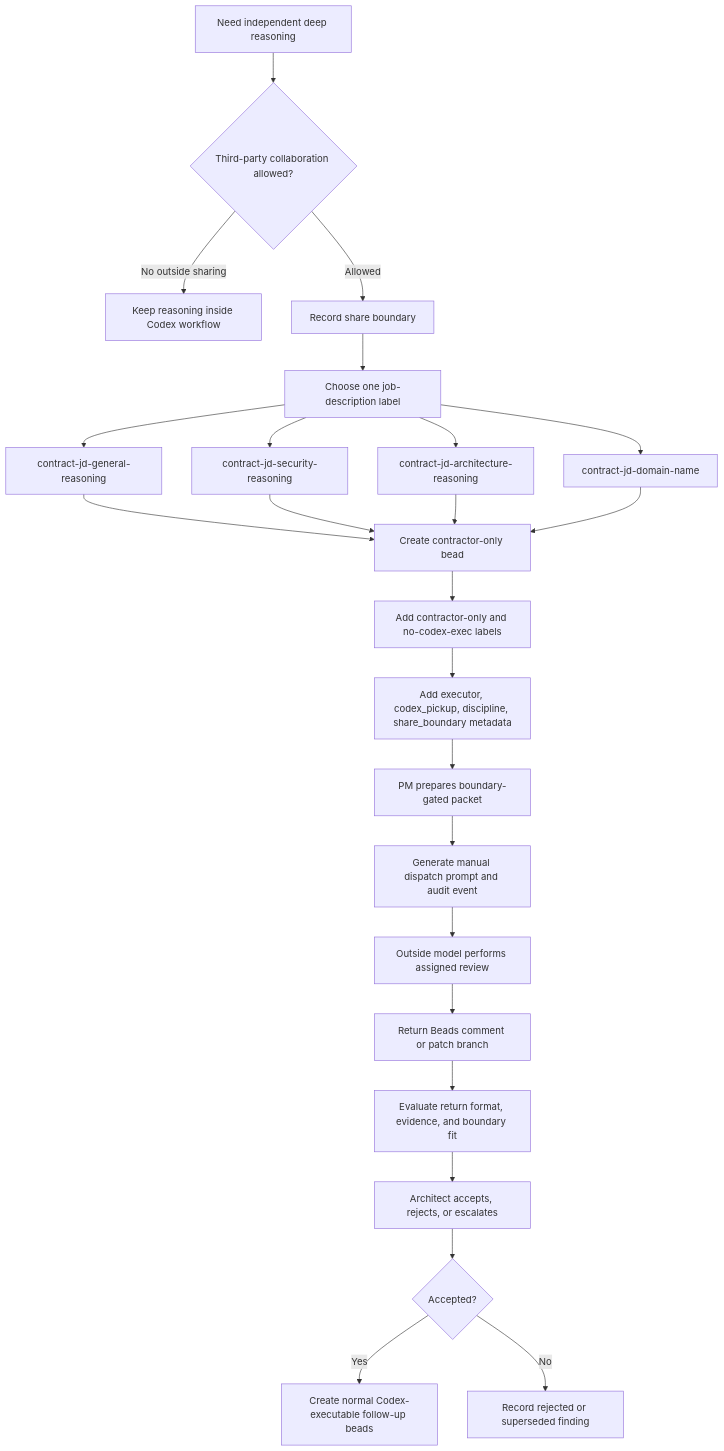
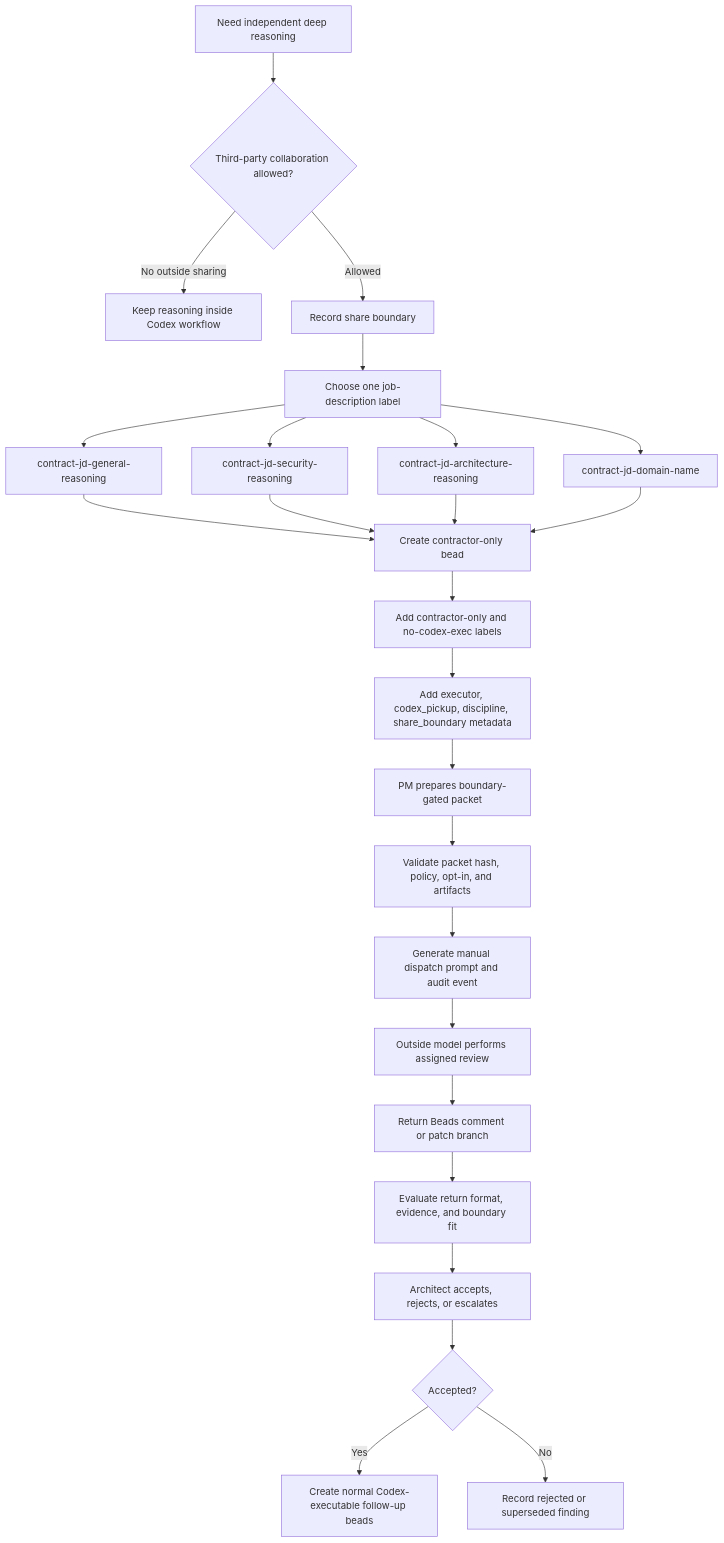
The fourth of 5 diagrams in README.md (gprocunier/complex-work-orchestration), drawn with Mermaid before and after one commit. The commit also changed other lines of this file and 30 other files, not shown here.

````diff
--- a/README.md
+++ b/README.md
@@ -202,29 +209,30 @@
 ```mermaid
 flowchart TD
     Need[Need independent deep reasoning] --> OptIn{Third-party collaboration allowed?}
     OptIn -->|No outside sharing| Internal[Keep reasoning inside Codex workflow]
     OptIn -->|Allowed| Boundary[Record share boundary]
 
     Boundary --> JD[Choose one job-description label]
     JD --> General[contract-jd-general-reasoning]
     JD --> Security[contract-jd-security-reasoning]
     JD --> Architecture[contract-jd-architecture-reasoning]
     JD --> Specialist[contract-jd-domain-name]
 
     General --> Create[Create contractor-only bead]
     Security --> Create
     Architecture --> Create
     Specialist --> Create
 
     Create --> Guard[Add contractor-only and no-codex-exec labels]
     Guard --> Metadata[Add executor, codex_pickup, discipline, share_boundary metadata]
     Metadata --> PMPacket[PM prepares boundary-gated packet]
-    PMPacket --> Dispatch[Generate manual dispatch prompt and audit event]
+    PMPacket --> Validate[Validate packet hash, policy, opt-in, and artifacts]
+    Validate --> Dispatch[Generate manual dispatch prompt and audit event]
     Dispatch --> Outside[Outside model performs assigned review]
     Outside --> Return[Return Beads comment or patch branch]
     Return --> Evaluate[Evaluate return format, evidence, and boundary fit]
     Evaluate --> Architect[Architect accepts, rejects, or escalates]
     Architect --> Accepted{Accepted?}
     Accepted -->|Yes| Followup[Create normal Codex-executable follow-up beads]
     Accepted -->|No| CloseLoop[Record rejected or superseded finding]
 ```
````
